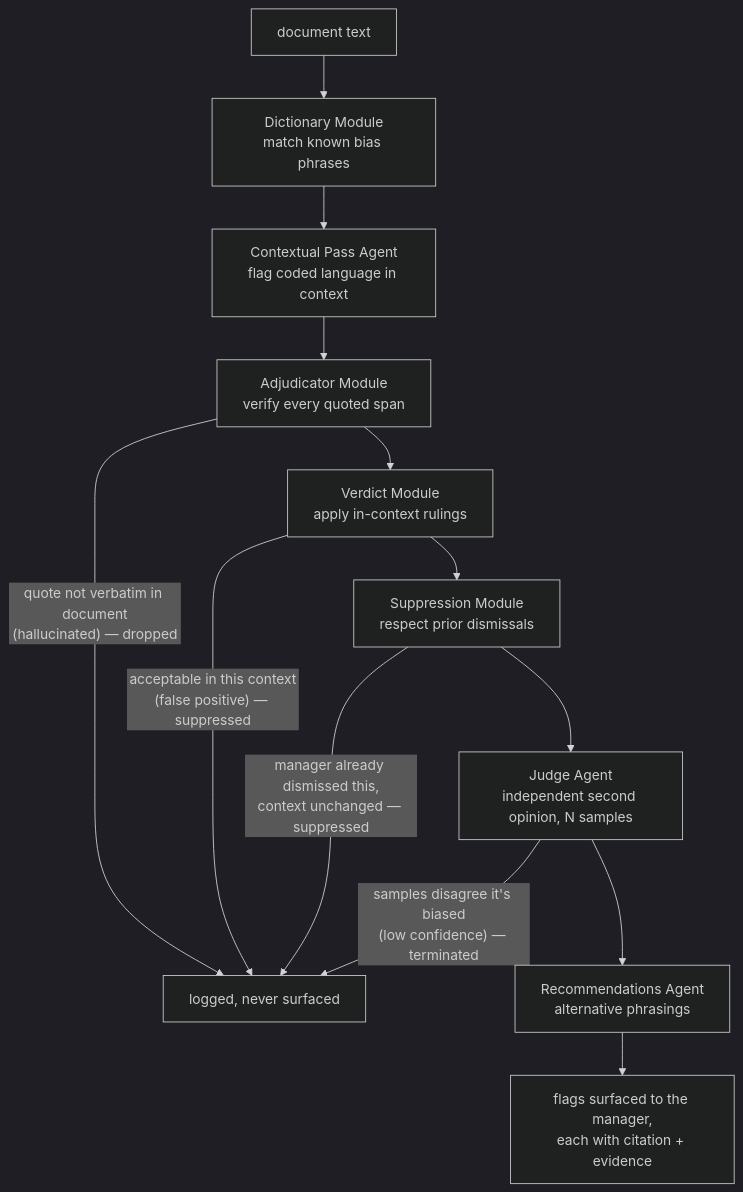
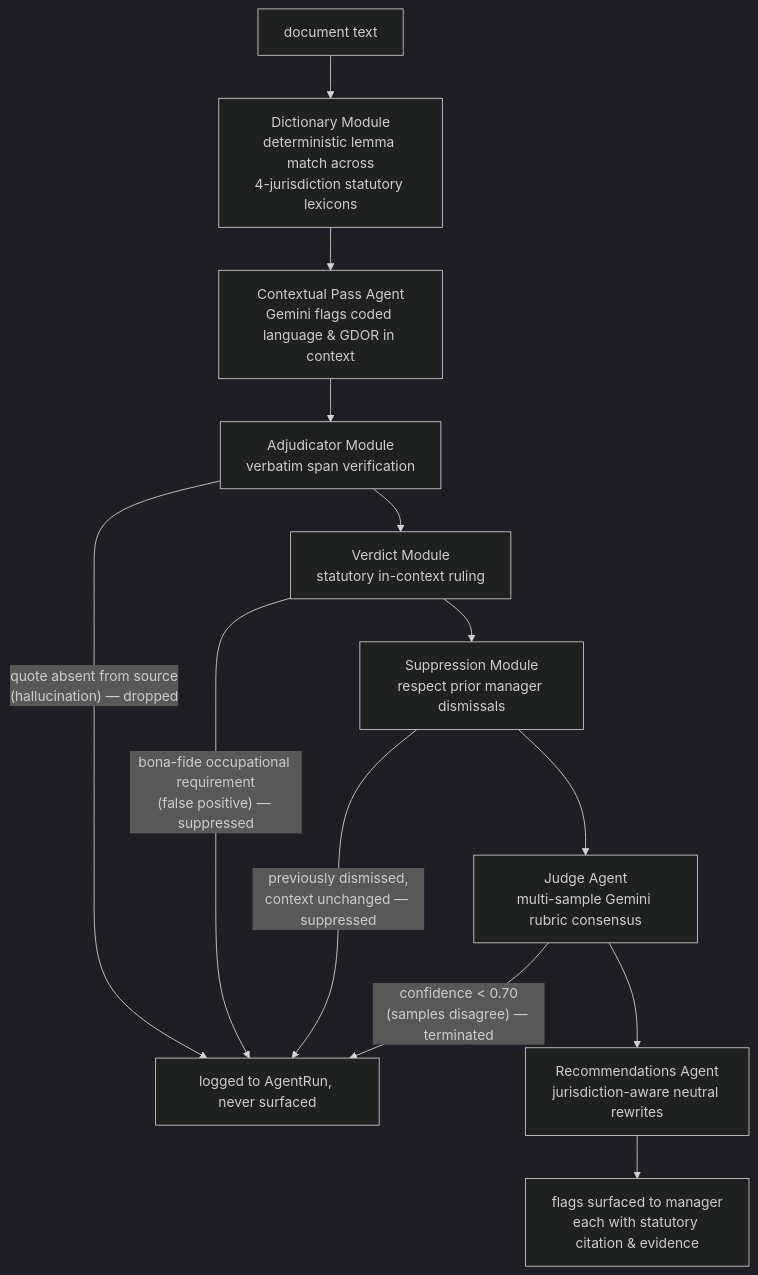
Before and after one commit to sm-daniyal/patternSpecular: the first of 2 diagrams in README.md, drawn with Mermaid (dark theme). The commit also changed other lines of this file, not shown here.

````diff
--- a/README.md
+++ b/README.md
@@ -79,15 +76,15 @@
 ```mermaid
 flowchart TB
-    T[document text] --> D[Dictionary Module<br/>match known bias phrases]
-    D --> C[Contextual Pass Agent<br/>flag coded language in context]
-    C --> A[Adjudicator Module<br/>verify every quoted span]
-    A -- "quote not verbatim in document<br/>(hallucinated) — dropped" --> X1[logged, never surfaced]
-    A --> V[Verdict Module<br/>apply in-context rulings]
-    V -- "acceptable in this context<br/>(false positive) — suppressed" --> X1
-    V --> S[Suppression Module<br/>respect prior dismissals]
-    S -- "manager already dismissed this,<br/>context unchanged — suppressed" --> X1
-    S --> J[Judge Agent<br/>independent second opinion, N samples]
-    J -- "samples disagree it's biased<br/>(low confidence) — terminated" --> X1
-    J --> R[Recommendations Agent<br/>alternative phrasings]
-    R --> OUT[flags surfaced to the manager,<br/>each with citation + evidence]
+    T[document text] --> D[Dictionary Module<br/>deterministic lemma match across<br/>4-jurisdiction statutory lexicons]
+    D --> C[Contextual Pass Agent<br/>Gemini flags coded language & GDOR in context]
+    C --> A[Adjudicator Module<br/>verbatim span verification]
+    A -- "quote absent from source<br/>(hallucination) — dropped" --> X1[logged to AgentRun, never surfaced]
+    A --> V[Verdict Module<br/>statutory in-context ruling]
+    V -- "bona-fide occupational requirement<br/>(false positive) — suppressed" --> X1
+    V --> S[Suppression Module<br/>respect prior manager dismissals]
+    S -- "previously dismissed,<br/>context unchanged — suppressed" --> X1
+    S --> J[Judge Agent<br/>multi-sample Gemini rubric consensus]
+    J -- "confidence < 0.70<br/>(samples disagree) — terminated" --> X1
+    J --> R[Recommendations Agent<br/>jurisdiction-aware neutral rewrites]
+    R --> OUT[flags surfaced to manager<br/>each with statutory citation & evidence]
 ```
````
